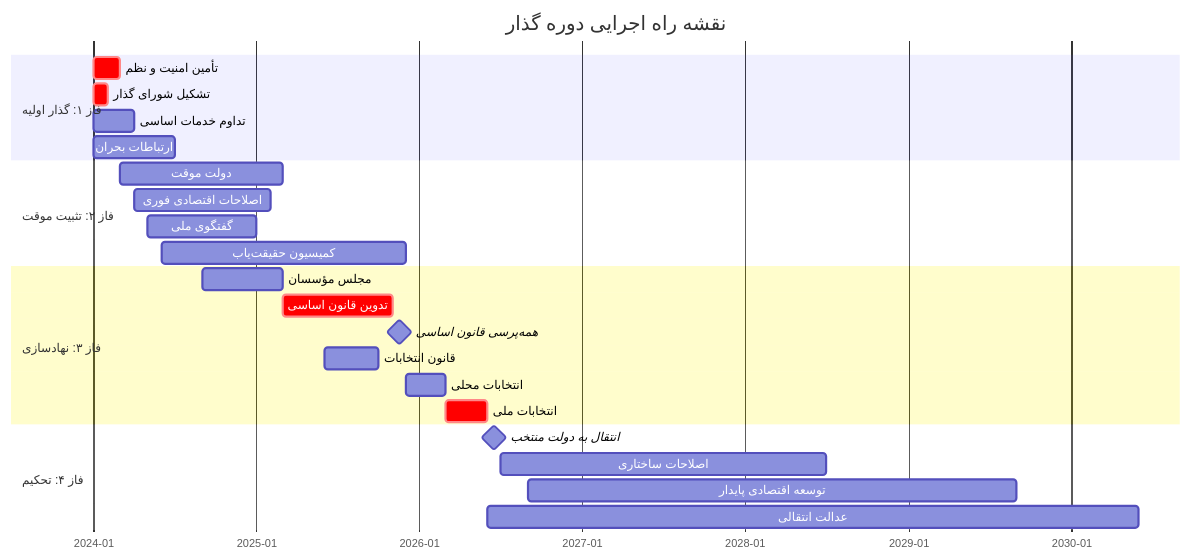
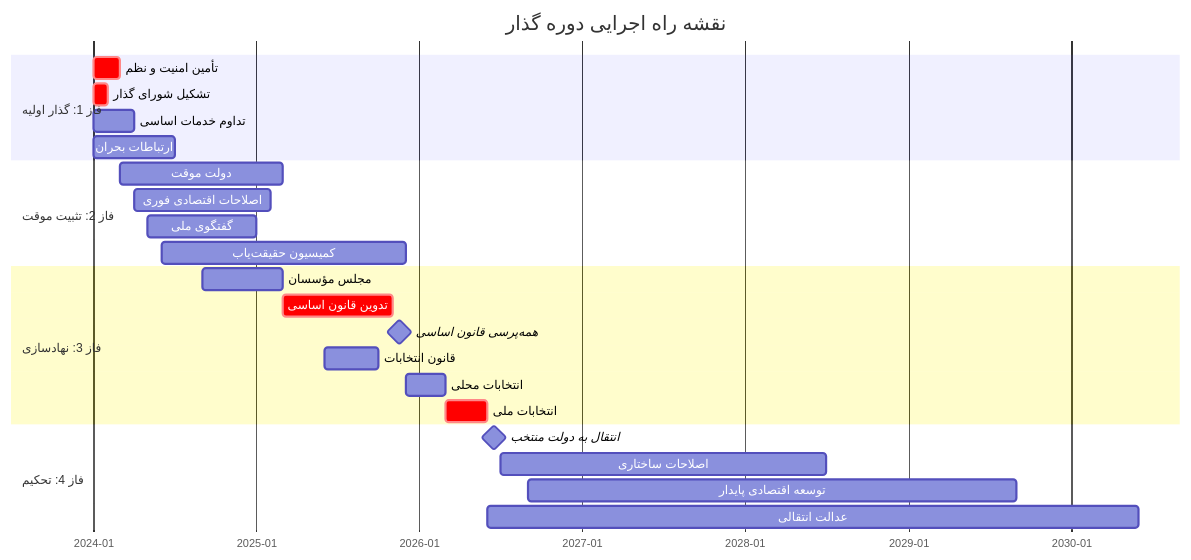
Diagram 27 of 42 in src/content/articles/fa/آشنایی-با-دوران-گذار-انقلابی.mdx (mahhdy/MahdiSalem.com), drawn with Mermaid before and after one commit. The commit also changed other lines of this file and 37 other files, not shown here.

Commit message:
Fix Mermaid diagram interactions, styling, and fullscreen zooming

````diff
--- a/src/content/articles/fa/آشنایی-با-دوران-گذار-انقلابی.mdx
+++ b/src/content/articles/fa/آشنایی-با-دوران-گذار-انقلابی.mdx
@@ -1062,32 +1061,32 @@
 ```mermaid
 gantt
     title نقشه راه اجرایی دوره گذار
     dateFormat  YYYY-MM
     axisFormat  %Y-%m
 
-    section فاز ۱: گذار اولیه
-    تأمین امنیت و نظم          :crit, f1a, 2024-01, 2M
-    تشکیل شورای گذار          :crit, f1b, 2024-01, 1M
-    تداوم خدمات اساسی         :f1c, 2024-01, 3M
-    ارتباطات بحران            :f1d, 2024-01, 6M
+    section فاز 1: گذار اولیه
+    تأمین امنیت و نظم          :crit, f1a, 2024-01-01, 2M
+    تشکیل شورای گذار          :crit, f1b, 2024-01-01, 1M
+    تداوم خدمات اساسی         :f1c, 2024-01-01, 3M
+    ارتباطات بحران            :f1d, 2024-01-01, 6M
 
-    section فاز ۲: تثبیت موقت
-    دولت موقت                 :f2a, 2024-03, 12M
-    اصلاحات اقتصادی فوری      :f2b, 2024-04, 10M
-    گفتگوی ملی                :f2c, 2024-05, 8M
-    کمیسیون حقیقت‌یاب         :f2d, 2024-06, 18M
+    section فاز 2: تثبیت موقت
+    دولت موقت                 :f2a, 2024-03-01, 12M
+    اصلاحات اقتصادی فوری      :f2b, 2024-04-01, 10M
+    گفتگوی ملی                :f2c, 2024-05-01, 8M
+    کمیسیون حقیقت‌یاب         :f2d, 2024-06-01, 18M
 
-    section فاز ۳: نهادسازی
-    مجلس مؤسسان              :f3a, 2024-09, 6M
-    تدوین قانون اساسی         :crit, f3b, 2025-03, 8M
-    همه‌پرسی قانون اساسی      :milestone, f3c, 2025-11, 1M
-    قانون انتخابات            :f3d, 2025-06, 4M
-    انتخابات محلی             :f3e, 2025-12, 3M
-    انتخابات ملی              :crit, f3f, 2026-03, 3M
+    section فاز 3: نهادسازی
+    مجلس مؤسسان              :f3a, 2024-09-01, 6M
+    تدوین قانون اساسی         :crit, f3b, 2025-03-01, 8M
+    همه‌پرسی قانون اساسی      :milestone, f3c, 2025-11-01, 1M
+    قانون انتخابات            :f3d, 2025-06-01, 4M
+    انتخابات محلی             :f3e, 2025-12-01, 3M
+    انتخابات ملی              :crit, f3f, 2026-03-01, 3M
 
-    section فاز ۴: تحکیم
-    انتقال به دولت منتخب      :milestone, f4a, 2026-06, 1M
-    اصلاحات ساختاری           :f4b, 2026-07, 24M
-    توسعه اقتصادی پایدار      :f4c, 2026-09, 36M
-    عدالت انتقالی             :f4d, 2026-06, 48M
+    section فاز 4: تحکیم
+    انتقال به دولت منتخب      :milestone, f4a, 2026-06-01, 1M
+    اصلاحات ساختاری           :f4b, 2026-07-01, 24M
+    توسعه اقتصادی پایدار      :f4c, 2026-09-01, 36M
+    عدالت انتقالی             :f4d, 2026-06-01, 48M
 ```
````
